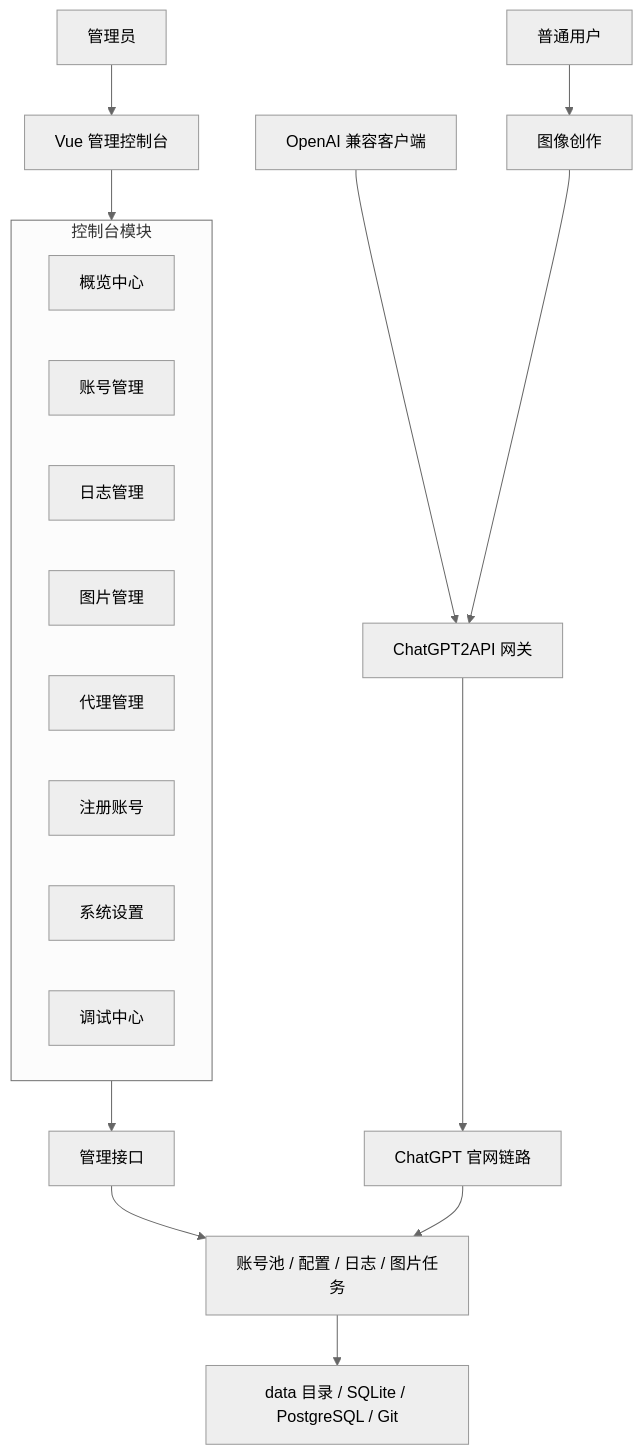
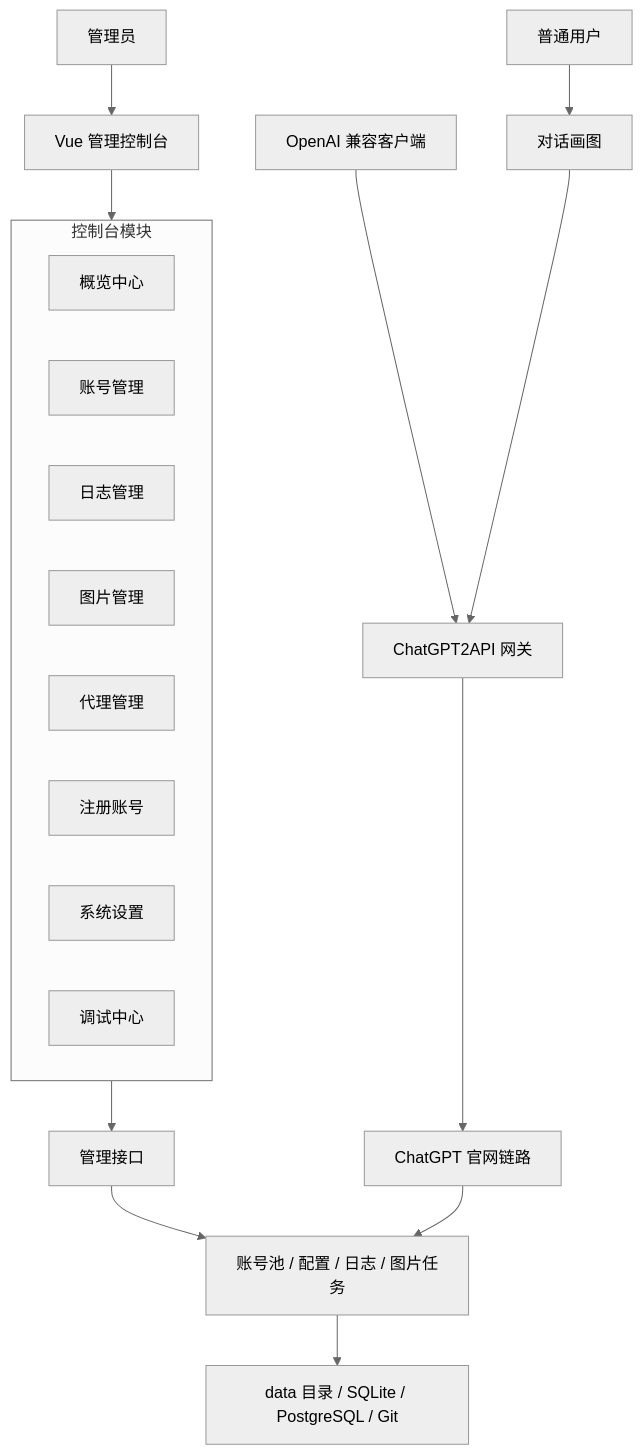
Before and after one commit to tootoai/chatgpt2api: the diagram in README.md, drawn with Mermaid (neutral theme). The commit also changed other lines of this file and 3 other files, not shown here.

````diff
--- a/README.md
+++ b/README.md
@@ -51,25 +51,25 @@
 ```mermaid
 flowchart TB
   Admin["管理员"] --> Console["Vue 管理控制台"]
-  User["普通用户"] --> ImageStudio["图像创作"]
+  User["普通用户"] --> ImageStudio["对话画图"]
   Client["OpenAI 兼容客户端"] --> Gateway["ChatGPT2API 网关"]
 
   subgraph ConsoleModules["控制台模块"]
     Dashboard["概览中心"]
     Accounts["账号管理"]
     Logs["日志管理"]
     Gallery["图片管理"]
     Proxy["代理管理"]
     Register["注册账号"]
     Settings["系统设置"]
     Debug["调试中心"]
   end
 
   Console --> ConsoleModules
   ImageStudio --> Gateway
   Gateway --> Runtime["ChatGPT 官网链路"]
   ConsoleModules --> AdminAPI["管理接口"]
   AdminAPI --> Domain["账号池 / 配置 / 日志 / 图片任务"]
   Runtime --> Domain
   Domain --> Storage["data 目录 / SQLite / PostgreSQL / Git"]
 ```
````
